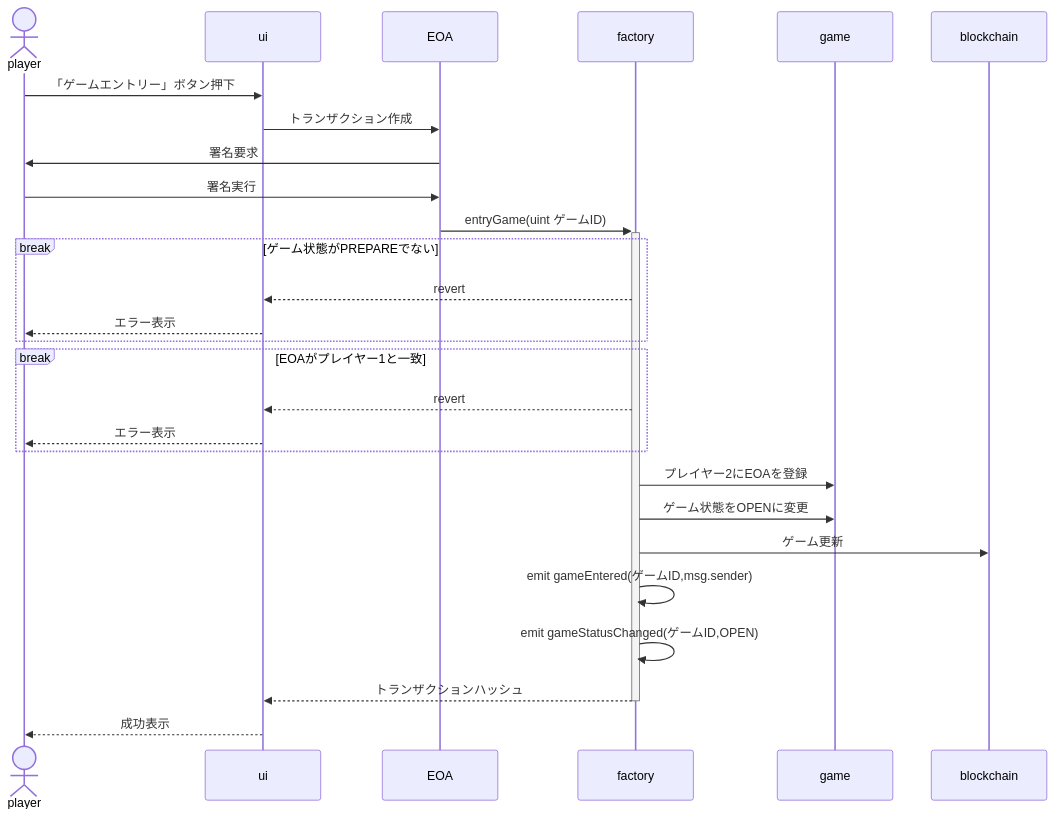
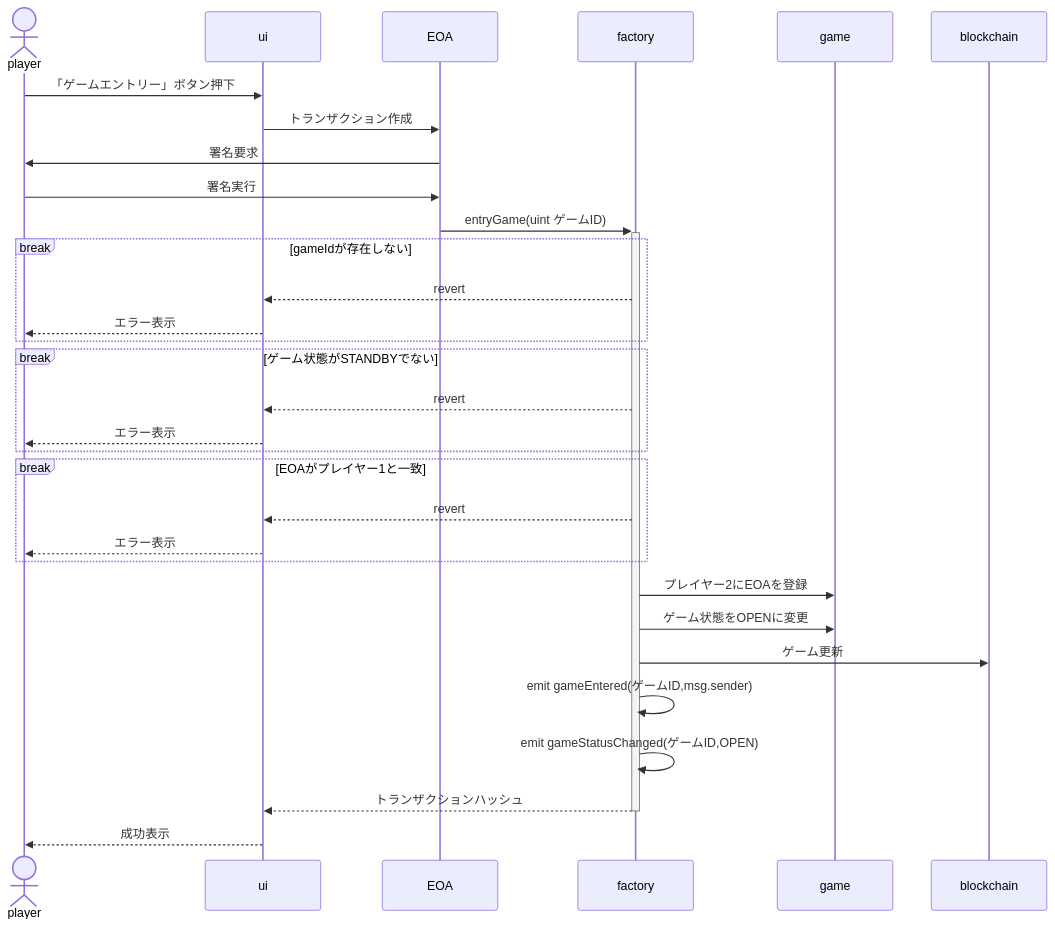
One commit to 0xHaku/preprod-gomoku changed the second of 3 diagrams in doc/sequence.md. Above: the diagram before and after it, drawn with Mermaid. The commit also changed other lines of this file and 8 other files, not shown here.

````diff
--- a/doc/sequence.md
+++ b/doc/sequence.md
@@ -28,30 +28,34 @@
 ```mermaid
 sequenceDiagram
     actor player
     participant ui
     participant EOA
     participant factory
     participant game
     participant blockchain
 
     player->>ui: 「ゲームエントリー」ボタン押下
     ui->>EOA: トランザクション作成
     EOA->>player: 署名要求
     player->>EOA: 署名実行
     EOA->>+factory: entryGame(uint ゲームID)
-    break ゲーム状態がPREPAREでない
+    break gameIdが存在しない
+        factory-->>ui: revert
+        ui-->>player: エラー表示
+    end
+    break ゲーム状態がSTANDBYでない
         factory-->>ui: revert
         ui-->>player: エラー表示
     end
     break EOAがプレイヤー1と一致
         factory-->>ui: revert
         ui-->>player: エラー表示
     end
     factory->>game: プレイヤー2にEOAを登録
     factory->>game: ゲーム状態をOPENに変更
     factory->>blockchain: ゲーム更新
     factory->>factory: emit gameEntered(ゲームID,msg.sender)
     factory->>factory: emit gameStatusChanged(ゲームID,OPEN)
     factory-->>-ui: トランザクションハッシュ
     ui-->>player: 成功表示
 ```
````
